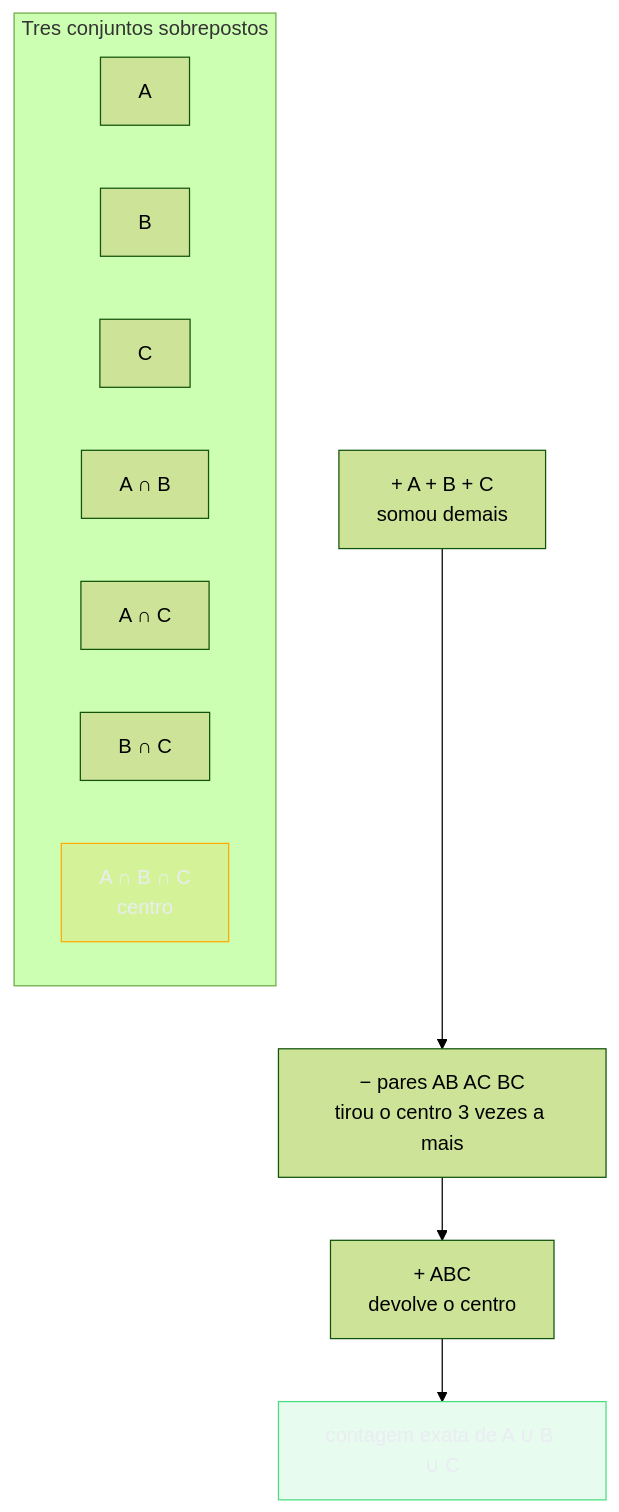
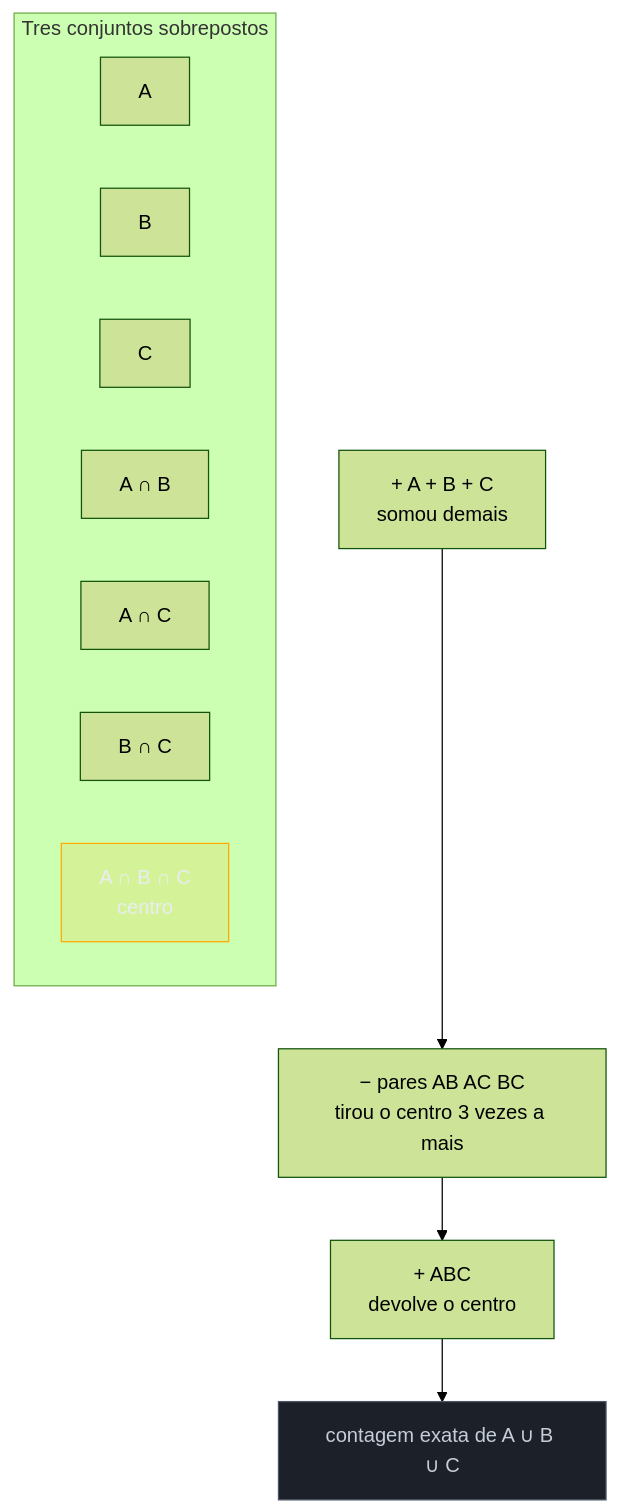
The fourth of 5 diagrams in 03-Dominios/Ciência/Matemática para Computação/12 - Princípios combinatórios - casa dos pombos e inclusão-exclusão.md (josenaldo/codex-technomanticus), drawn with Mermaid (forest theme) before and after one commit. The commit also changed other lines of this file and 601 other files, not shown here.

````diff
--- a/03-Dominios/Ciência/Matemática para Computação/12 - Princípios combinatórios - casa dos pombos e inclusão-exclusão.md
+++ b/03-Dominios/Ciência/Matemática para Computação/12 - Princípios combinatórios - casa dos pombos e inclusão-exclusão.md
@@ -244,19 +244,19 @@
 ```mermaid
 flowchart TD
+    classDef neutro fill:#1B2029,stroke:#4E5666,color:#C6CCD8
     classDef destaque fill:#FFAA0024,stroke:#FFAA00,color:#E9ECF2
-    classDef ok fill:#4ADE8021,stroke:#4ADE80,color:#E9ECF2
     subgraph TRES["Tres conjuntos sobrepostos"]
         AA["A"]
         BB["B"]
         CC["C"]
         AB["A ∩ B"]
         AC["A ∩ C"]
         BC["B ∩ C"]
         ABC["A ∩ B ∩ C<br/>centro"]
     end
     SOMA["+ A + B + C<br/>somou demais"] --> SUB["− pares AB AC BC<br/>tirou o centro 3 vezes a mais"]
     SUB --> ADD["+ ABC<br/>devolve o centro"]
     ADD --> OK["contagem exata de A ∪ B ∪ C"]
     class ABC destaque
-    class OK ok
+    class OK neutro
 ```
````
